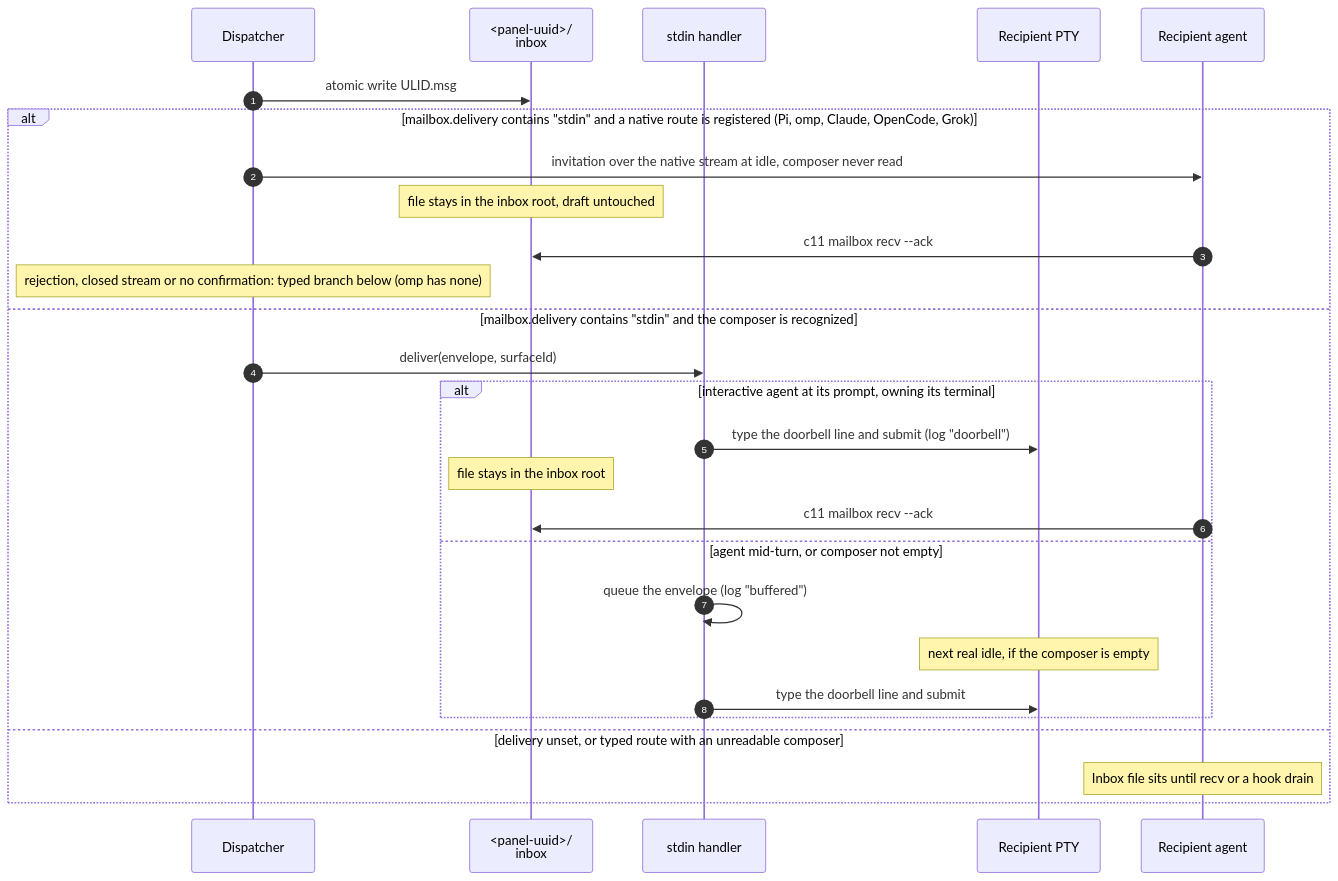
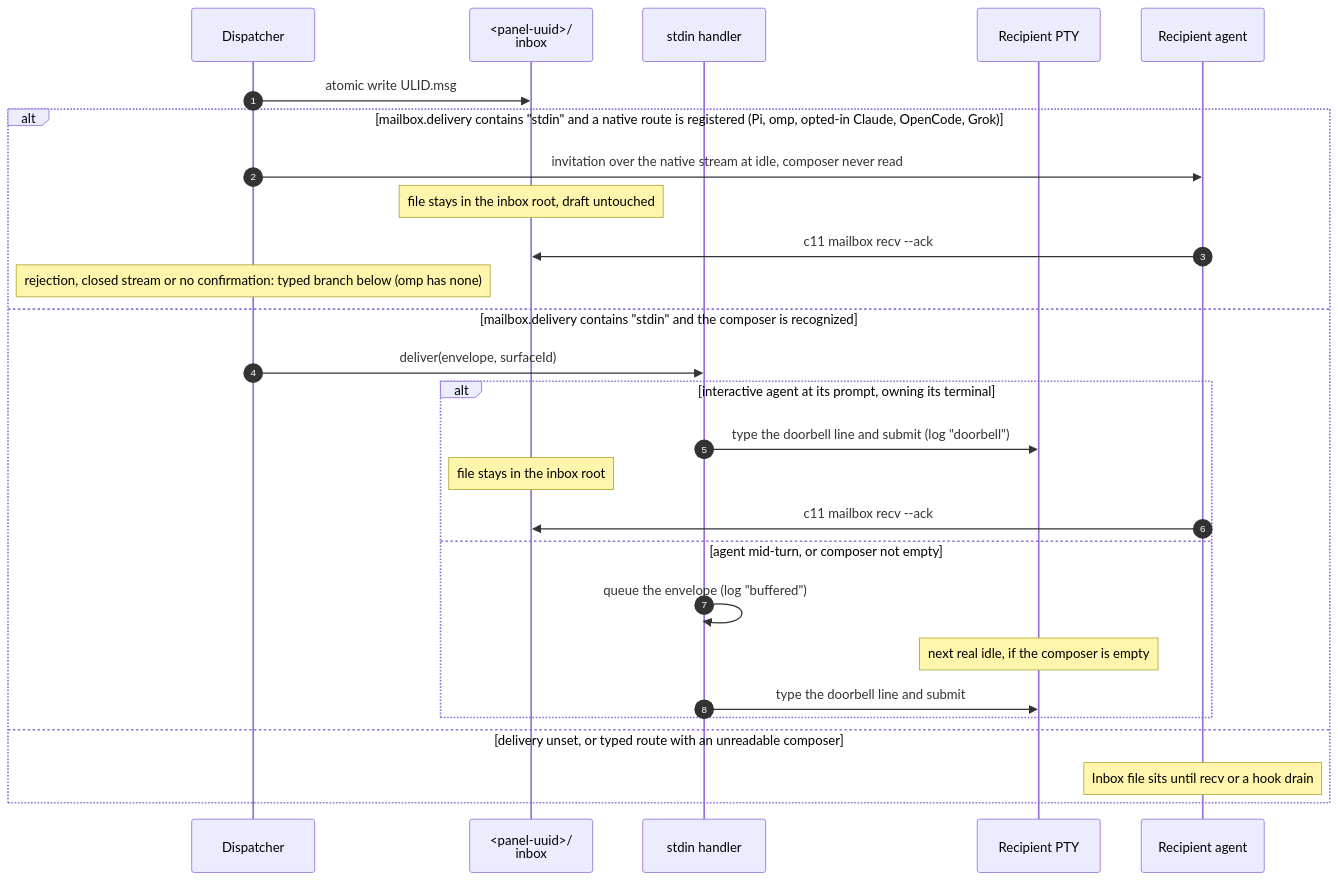
One commit to Stage-11-Agentics/c11 changed the third of 6 diagrams in docs/c11-mailbox-guide.md. Above: the diagram before and after it, drawn with Mermaid. The commit also changed other lines of this file and 1248 other files, not shown here.

````diff
--- a/docs/c11-mailbox-guide.md
+++ b/docs/c11-mailbox-guide.md
@@ -265,30 +265,30 @@
 ```mermaid
 sequenceDiagram
     autonumber
     participant D as Dispatcher
     participant Inbox as <panel-uuid>/<br/>inbox
     participant SH as stdin handler
     participant PTY as Recipient PTY
     participant Agent as Recipient agent
 
     D->>Inbox: atomic write ULID.msg
-    alt mailbox.delivery contains "stdin" and a native route is registered (Pi, omp, Claude, OpenCode, Grok)
+    alt mailbox.delivery contains "stdin" and a native route is registered (Pi, omp, opted-in Claude, OpenCode, Grok)
         D->>Agent: invitation over the native stream at idle, composer never read
         Note over Inbox: file stays in the inbox root, draft untouched
         Agent->>Inbox: c11 mailbox recv --ack
         Note over D: rejection, closed stream or no confirmation: typed branch below (omp has none)
     else mailbox.delivery contains "stdin" and the composer is recognized
         D->>SH: deliver(envelope, surfaceId)
         alt interactive agent at its prompt, owning its terminal
             SH->>PTY: type the doorbell line and submit (log "doorbell")
             Note over Inbox: file stays in the inbox root
             Agent->>Inbox: c11 mailbox recv --ack
         else agent mid-turn, or composer not empty
             SH->>SH: queue the envelope (log "buffered")
             Note over PTY: next real idle, if the composer is empty
             SH->>PTY: type the doorbell line and submit
         end
     else delivery unset, or typed route with an unreadable composer
         Note over Agent: Inbox file sits until recv or a hook drain
     end
 ```
````
